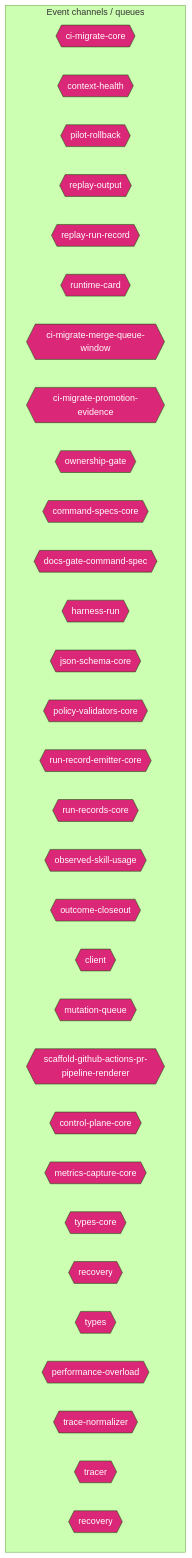
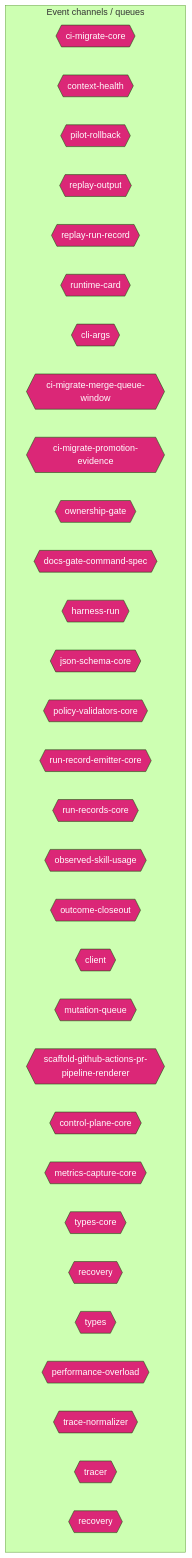
One commit to jscraik/coding-harness changed the ninth of 14 diagrams in AI/context/diagram-context.md. Above: the diagram before and after it, drawn with Mermaid (forest theme). The commit also changed other lines of this file and 27 other files, not shown here.

````diff
--- a/AI/context/diagram-context.md
+++ b/AI/context/diagram-context.md
@@ -932,38 +939,38 @@
 ```mermaid
 flowchart TD
   subgraph Channels["Event channels / queues"]
     ci_migrate_core_7005b5af{{"ci-migrate-core"}}
     context_health_80bb7da9{{"context-health"}}
     pilot_rollback_00c1f82c{{"pilot-rollback"}}
     replay_output_993eda9e{{"replay-output"}}
     replay_run_record_9a08cce2{{"replay-run-record"}}
     runtime_card_e06b53e1{{"runtime-card"}}
+    cli_args_1_6144b055{{"cli-args"}}
     ci_migrate_merge_queue_window_0070bd6d{{"ci-migrate-merge-queue-window"}}
     ci_migrate_promotion_evidence_1a2dc527{{"ci-migrate-promotion-evidence"}}
     ownership_gate_2e194d13{{"ownership-gate"}}
-    command_specs_core_1c0ffc99{{"command-specs-core"}}
     docs_gate_command_spec_16795187{{"docs-gate-command-spec"}}
     harness_run_c0761792{{"harness-run"}}
     json_schema_core_96d7e328{{"json-schema-core"}}
     policy_validators_core_714a3fe7{{"policy-validators-core"}}
     run_record_emitter_core_688049d5{{"run-record-emitter-core"}}
     run_records_core_89286dfa{{"run-records-core"}}
     observed_skill_usage_ed7d5930{{"observed-skill-usage"}}
     outcome_closeout_ba497ec2{{"outcome-closeout"}}
     client_948fe603{{"client"}}
     mutation_queue_ce5a530e{{"mutation-queue"}}
     scaffold_github_actions_pr_pipeline_renderer_1ee18de5{{"scaffold-github-actions-pr-pipeline-renderer"}}
     control_plane_core_db3b4cb2{{"control-plane-core"}}
     metrics_capture_core_db4bf7cf{{"metrics-capture-core"}}
     types_core_1_8bd0f8fd{{"types-core"}}
     recovery_8c585378{{"recovery"}}
     types_16_0fae1112{{"types"}}
     performance_overload_c685bfcf{{"performance-overload"}}
     trace_normalizer_cb1be1d2{{"trace-normalizer"}}
     tracer_1e6243a2{{"tracer"}}
     recovery_1_4d1804ab{{"recovery"}}
   end
   classDef eventNode fill:#db2777,color:#fff
-  class ci_migrate_core_7005b5af,context_health_80bb7da9,pilot_rollback_00c1f82c,replay_output_993eda9e,replay_run_record_9a08cce2,runtime_card_e06b53e1,ci_migrate_merge_queue_window_0070bd6d,ci_migrate_promotion_evidence_1a2dc527,ownership_gate_2e194d13,command_specs_core_1c0ffc99,docs_gate_command_spec_16795187,harness_run_c0761792,json_schema_core_96d7e328,policy_validators_core_714a3fe7,run_record_emitter_core_688049d5,run_records_core_89286dfa,observed_skill_usage_ed7d5930,outcome_closeout_ba497ec2,client_948fe603,mutation_queue_ce5a530e,scaffold_github_actions_pr_pipeline_renderer_1ee18de5,control_plane_core_db3b4cb2,metrics_capture_core_db4bf7cf,types_core_1_8bd0f8fd,recovery_8c585378,types_16_0fae1112,performance_overload_c685bfcf,trace_normalizer_cb1be1d2,tracer_1e6243a2,recovery_1_4d1804ab eventNode
+  class ci_migrate_core_7005b5af,context_health_80bb7da9,pilot_rollback_00c1f82c,replay_output_993eda9e,replay_run_record_9a08cce2,runtime_card_e06b53e1,cli_args_1_6144b055,ci_migrate_merge_queue_window_0070bd6d,ci_migrate_promotion_evidence_1a2dc527,ownership_gate_2e194d13,docs_gate_command_spec_16795187,harness_run_c0761792,json_schema_core_96d7e328,policy_validators_core_714a3fe7,run_record_emitter_core_688049d5,run_records_core_89286dfa,observed_skill_usage_ed7d5930,outcome_closeout_ba497ec2,client_948fe603,mutation_queue_ce5a530e,scaffold_github_actions_pr_pipeline_renderer_1ee18de5,control_plane_core_db3b4cb2,metrics_capture_core_db4bf7cf,types_core_1_8bd0f8fd,recovery_8c585378,types_16_0fae1112,performance_overload_c685bfcf,trace_normalizer_cb1be1d2,tracer_1e6243a2,recovery_1_4d1804ab eventNode
 
 ```
````
